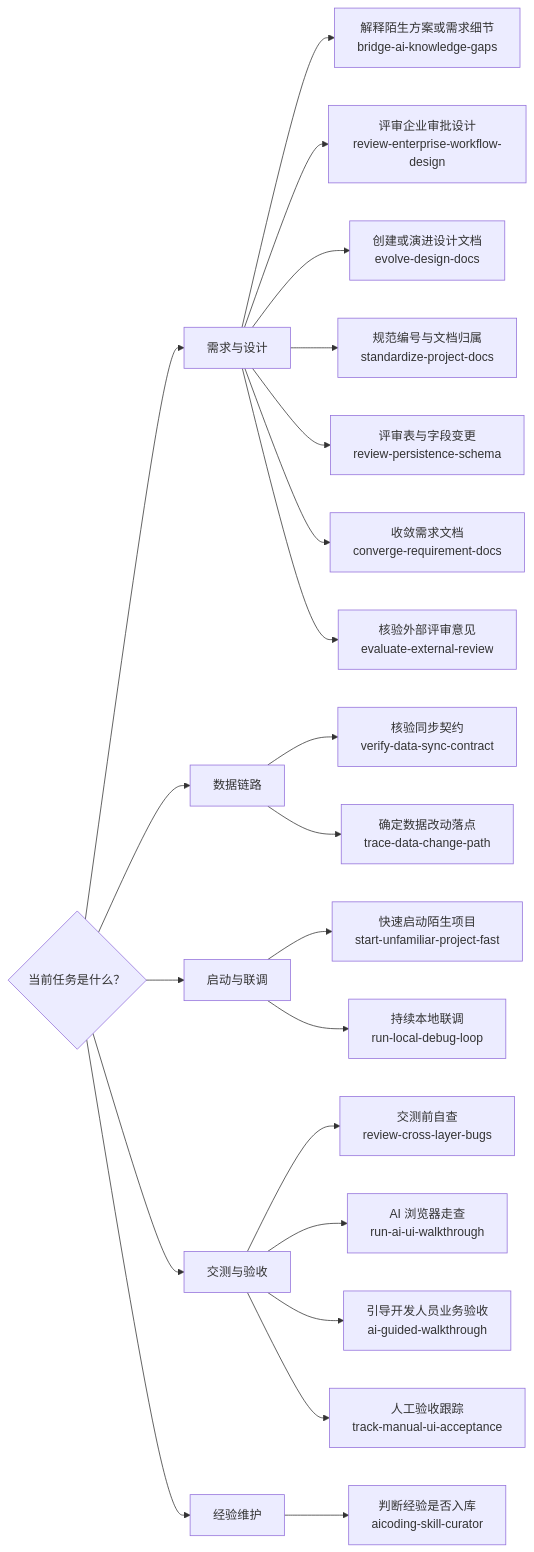
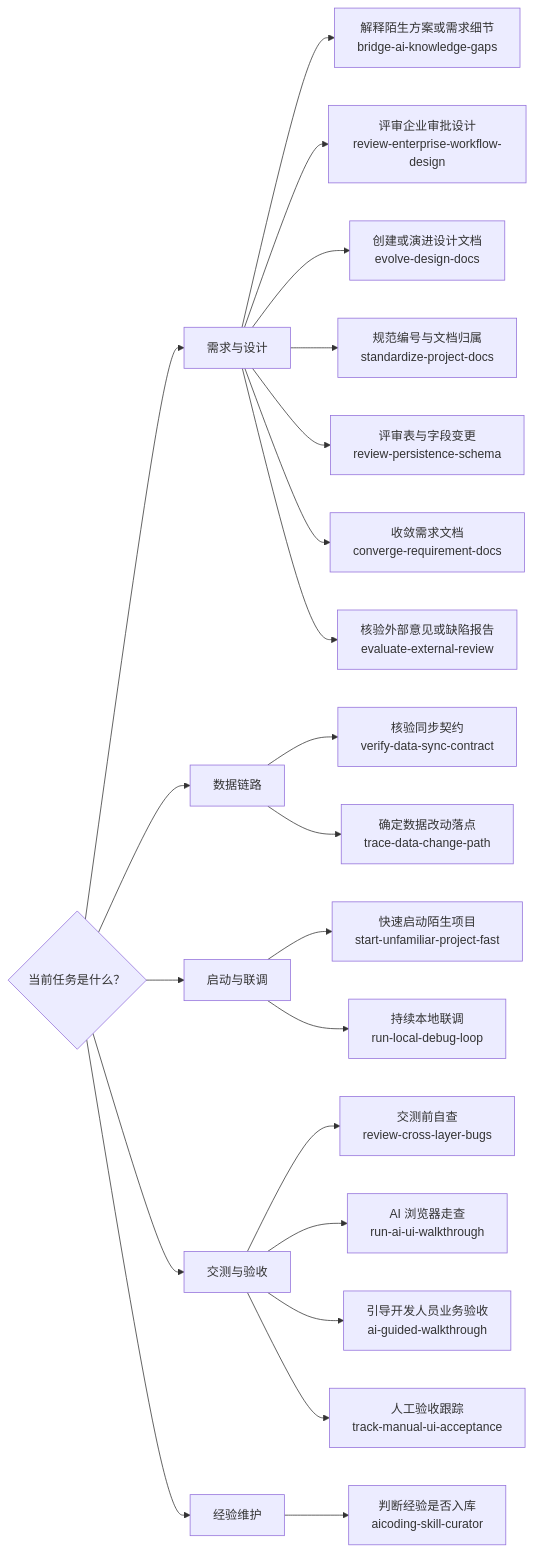
The diagram in README.md (KelvinFanXian/aicoding), drawn with Mermaid before and after one commit. The commit also changed other lines of this file and 4 other files, not shown here.

````diff
--- a/README.md
+++ b/README.md
@@ -55,25 +55,25 @@
 ```mermaid
 flowchart LR
     Q{"当前任务是什么？"}
     Q --> A["需求与设计"]
     A --> A1["解释陌生方案或需求细节<br/>bridge-ai-knowledge-gaps"]
     A --> A2["评审企业审批设计<br/>review-enterprise-workflow-design"]
     A --> A3["创建或演进设计文档<br/>evolve-design-docs"]
     A --> A7["规范编号与文档归属<br/>standardize-project-docs"]
     A --> A6["评审表与字段变更<br/>review-persistence-schema"]
     A --> A4["收敛需求文档<br/>converge-requirement-docs"]
-    A --> A5["核验外部评审意见<br/>evaluate-external-review"]
+    A --> A5["核验外部意见或缺陷报告<br/>evaluate-external-review"]
     Q --> B["数据链路"]
     B --> B1["核验同步契约<br/>verify-data-sync-contract"]
     B --> B2["确定数据改动落点<br/>trace-data-change-path"]
     Q --> C["启动与联调"]
     C --> C1["快速启动陌生项目<br/>start-unfamiliar-project-fast"]
     C --> C2["持续本地联调<br/>run-local-debug-loop"]
     Q --> D["交测与验收"]
     D --> D1["交测前自查<br/>review-cross-layer-bugs"]
     D --> D2["AI 浏览器走查<br/>run-ai-ui-walkthrough"]
     D --> D3["引导开发人员业务验收<br/>ai-guided-walkthrough"]
     D --> D4["人工验收跟踪<br/>track-manual-ui-acceptance"]
     Q --> E["经验维护"]
     E --> E1["判断经验是否入库<br/>aicoding-skill-curator"]
 ```
````
